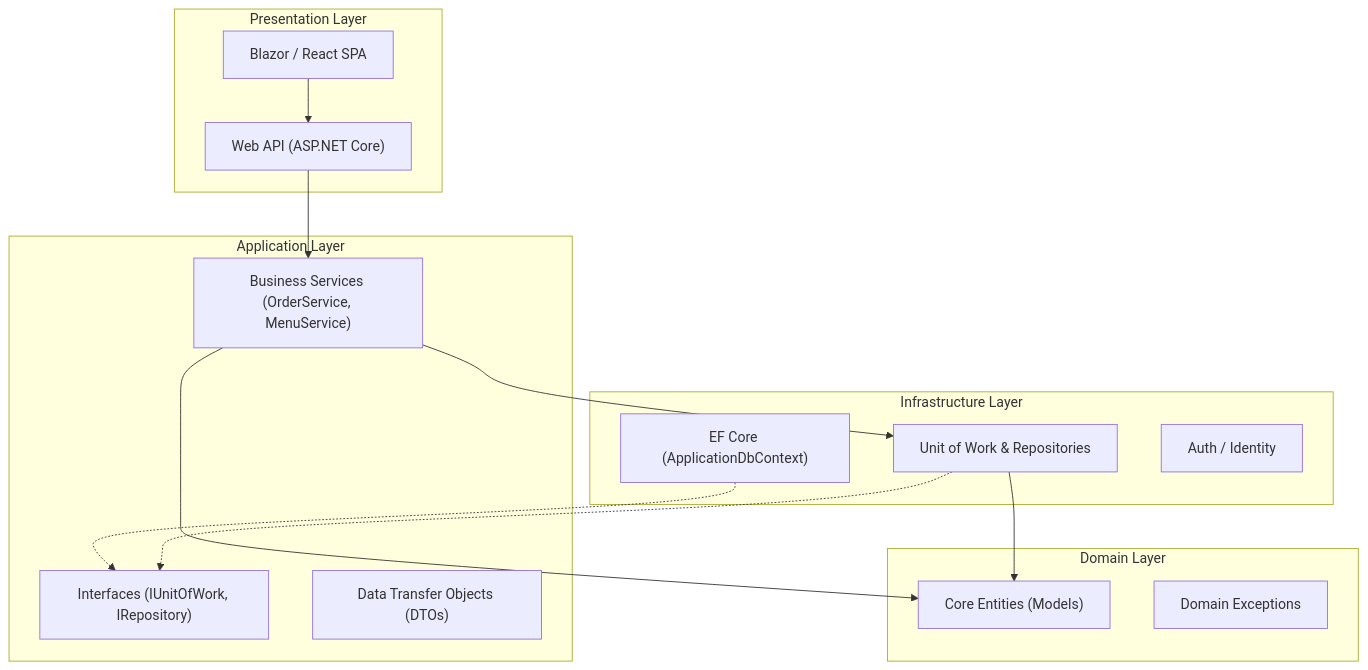
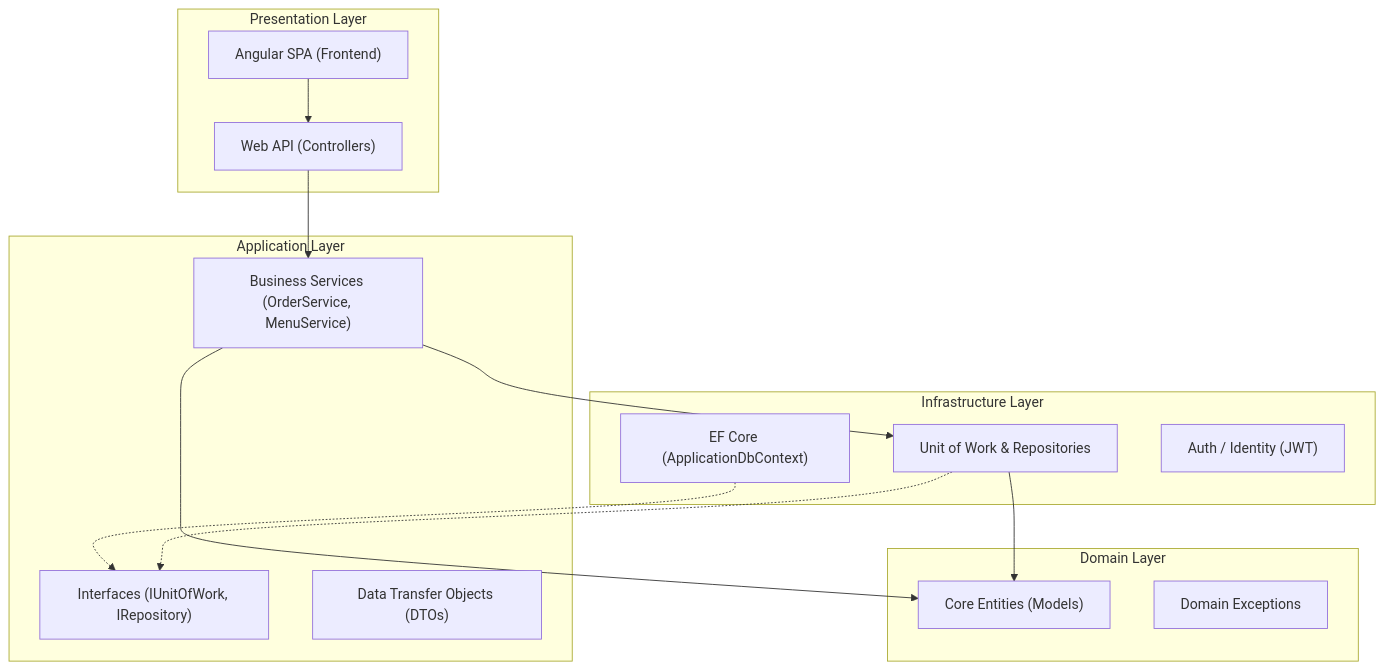
The fourth of 6 diagrams in FINAL_MASTER_DOCUMENTATION.md (shams909/Restaurant-management-system), drawn with Mermaid before and after one commit. The commit also changed other lines of this file, not shown here.

Commit message:
docs: update architecture documentation to reflect Angular SPA integration and project roadmap adjustments

````diff
--- a/FINAL_MASTER_DOCUMENTATION.md
+++ b/FINAL_MASTER_DOCUMENTATION.md
@@ -134,32 +136,32 @@
 ```mermaid
 graph TD
     subgraph PresentationLayer [Presentation Layer]
-        UI["Web API (ASP.NET Core)"]
-        Blazor["Blazor / React SPA"]
+        UI["Angular SPA (Frontend)"]
+        API["Web API (Controllers)"]
     end
     
     subgraph InfrastructureLayer [Infrastructure Layer]
         EFCore["EF Core (ApplicationDbContext)"]
         UoW["Unit of Work & Repositories"]
-        Identity["Auth / Identity"]
+        Identity["Auth / Identity (JWT)"]
     end
     
     subgraph ApplicationLayer [Application Layer]
         Services["Business Services (OrderService, MenuService)"]
         Interfaces["Interfaces (IUnitOfWork, IRepository)"]
         DTO["Data Transfer Objects (DTOs)"]
     end
     
     subgraph DomainLayer [Domain Layer]
         Entities["Core Entities (Models)"]
         Exceptions["Domain Exceptions"]
     end
 
-    UI --> Services
-    Blazor --> UI
+    UI --> API
+    API --> Services
     EFCore -.-> Interfaces
     UoW -.-> Interfaces
     Services --> UoW
     Services --> Entities
     UoW --> Entities
 ```
````
